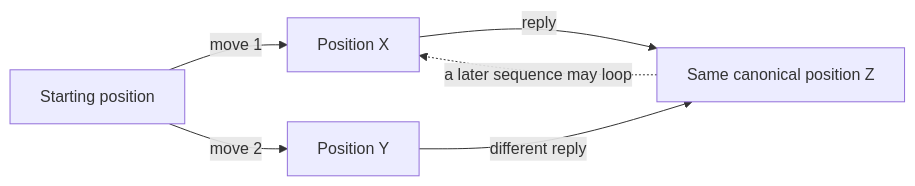
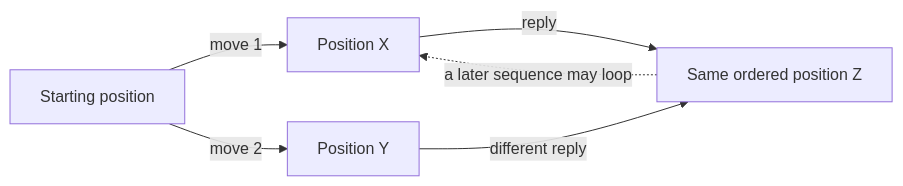
One commit to Jnuso/CSE-4095 changed the first of 4 diagrams in Assignment 6/AI_LOGIC_GRAPH.md. Above: the diagram before and after it, drawn with Mermaid. The commit also changed other lines of this file and 12 other files, not shown here.

````diff
--- a/Assignment 6/AI_LOGIC_GRAPH.md
+++ b/Assignment 6/AI_LOGIC_GRAPH.md
@@ -32,12 +33,12 @@
 ```mermaid
 flowchart LR
     S["Starting position"]
     X["Position X"]
     Y["Position Y"]
-    Z["Same canonical position Z"]
+    Z["Same ordered position Z"]
     S -->|"move 1"| X
     S -->|"move 2"| Y
     X -->|"reply"| Z
     Y -->|"different reply"| Z
     Z -.->|"a later sequence may loop"| X
 ```
````
